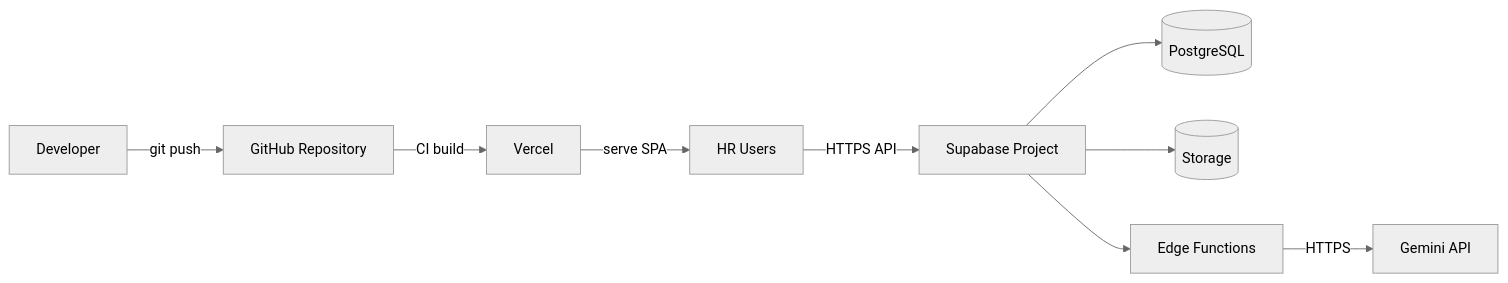
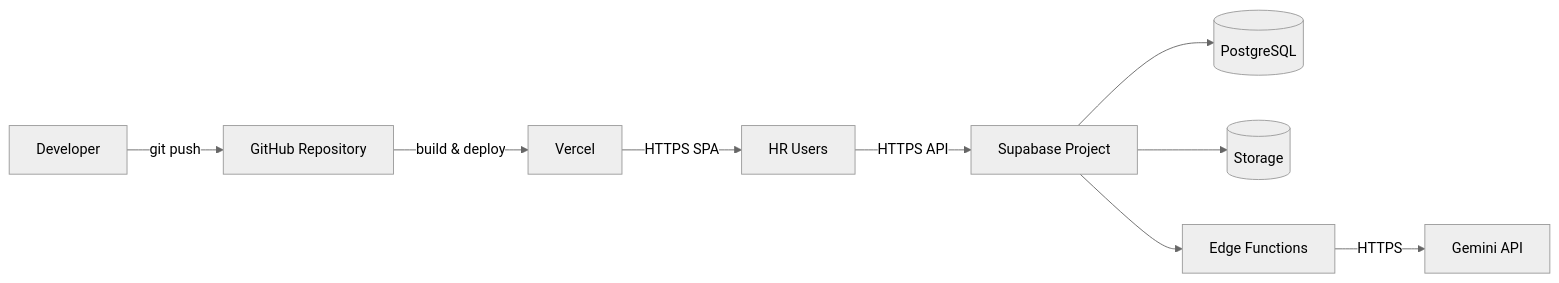
The eighth of 12 diagrams in docs/01-requirements/01-Project-Architecture.md (VishnuVardhan-CH-2022/resume-rank-ai-dev), drawn with Mermaid (neutral theme) before and after one commit. The commit also changed other lines of this file and 1 other file, not shown here.

First line of the commit message:
Rewrite Project Architecture Document 01 (RR-ARCH-001 v2)

````diff
--- a/docs/01-requirements/01-Project-Architecture.md
+++ b/docs/01-requirements/01-Project-Architecture.md
@@ -374,11 +573,11 @@
 ```mermaid
 flowchart LR
   Dev[Developer] -->|git push| GH[GitHub Repository]
-  GH -->|CI build| Vercel[Vercel]
-  Vercel -->|serve SPA| Users[HR Users]
+  GH -->|build & deploy| Vercel[Vercel]
+  Vercel -->|HTTPS SPA| Users[HR Users]
   Users -->|HTTPS API| SB[Supabase Project]
   SB --> PG[(PostgreSQL)]
   SB --> ST[(Storage)]
   SB --> EF[Edge Functions]
   EF -->|HTTPS| GEM[Gemini API]
 ```
````
